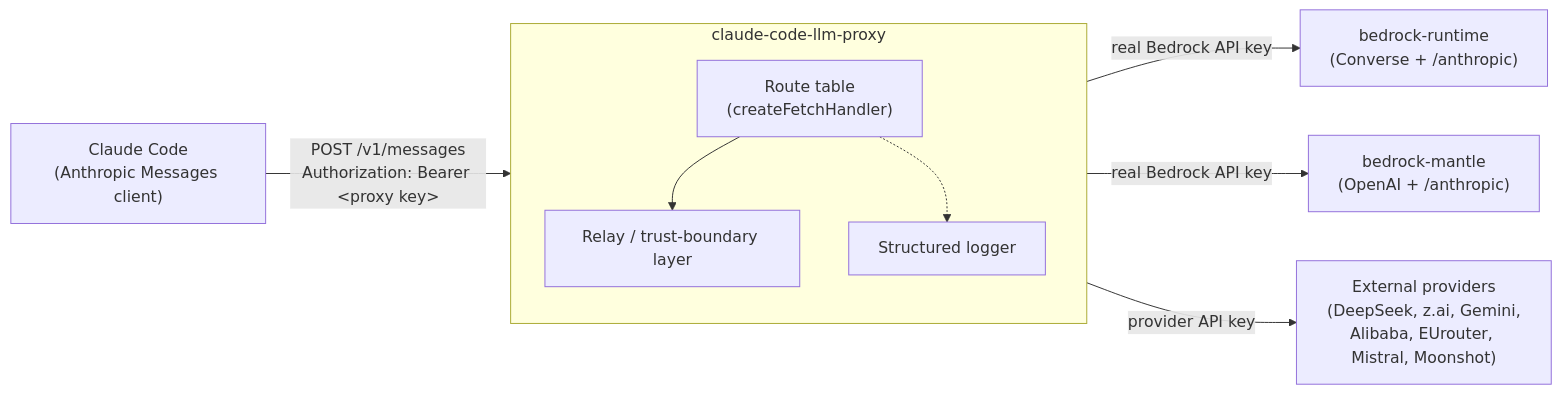
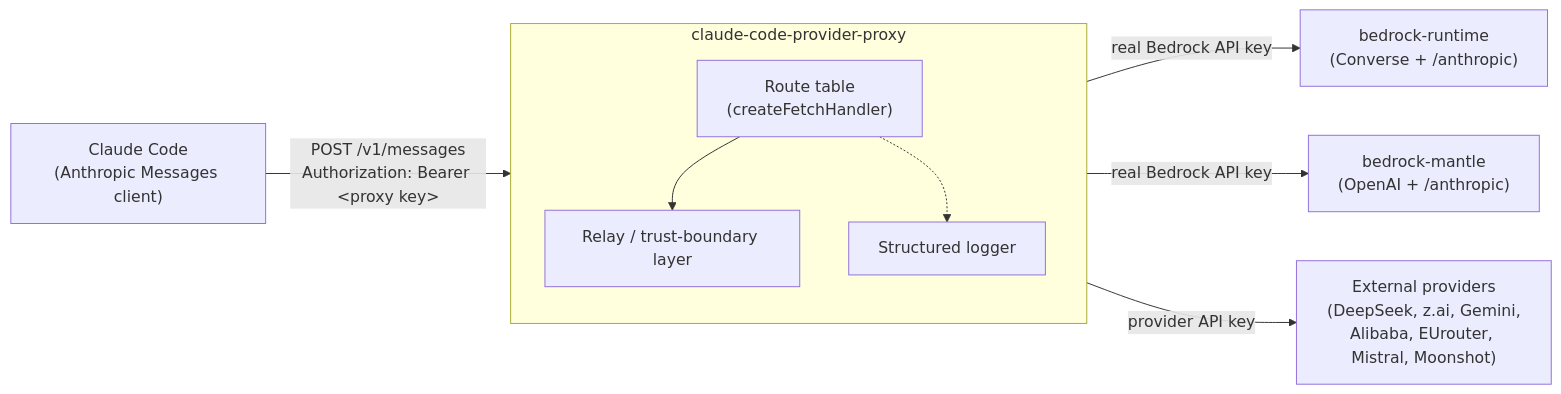
Before and after one commit to MajorProg/claude-code-provider-proxy: the first of 7 diagrams in docs/architecture.md, drawn with Mermaid. The commit also changed 16 other files, not shown here.

First line of the commit message:
Rename project to claude-code-provider-proxy and polish README for public release

````diff
--- a/docs/architecture.md
+++ b/docs/architecture.md
@@ -10,20 +10,20 @@
 ```mermaid
 graph LR
     CC["Claude Code<br/>(Anthropic Messages client)"]
-    subgraph PROXY["claude-code-llm-proxy"]
+    subgraph PROXY["claude-code-provider-proxy"]
         direction TB
         RT["Route table<br/>(createFetchHandler)"]
         LOG["Structured logger"]
         RELAY["Relay / trust-boundary layer"]
         RT --> RELAY
         RT -.-> LOG
     end
     BR["bedrock-runtime<br/>(Converse + /anthropic)"]
     BM["bedrock-mantle<br/>(OpenAI + /anthropic)"]
     EXT["External providers<br/>(DeepSeek, z.ai, Gemini,<br/>Alibaba, EUrouter, Mistral, Moonshot)"]
 
     CC -- "POST /v1/messages<br/>Authorization: Bearer &lt;proxy key&gt;" --> RT
     RELAY -- "real Bedrock API key" --> BR
     RELAY -- "real Bedrock API key" --> BM
     RELAY -- "provider API key" --> EXT
 ```
````
